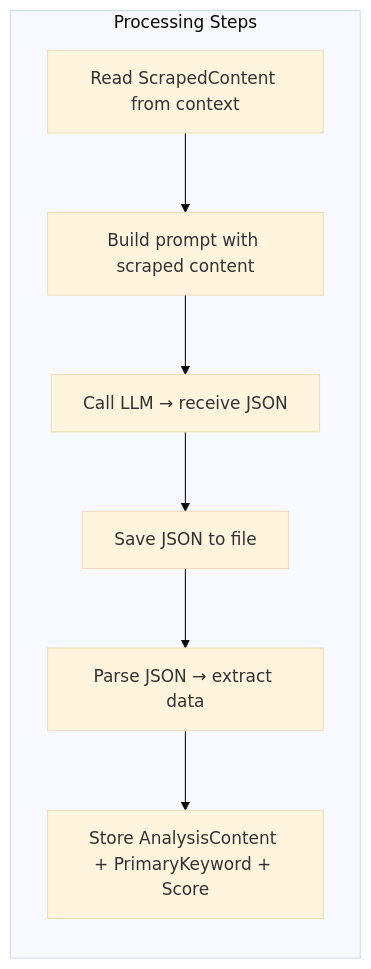
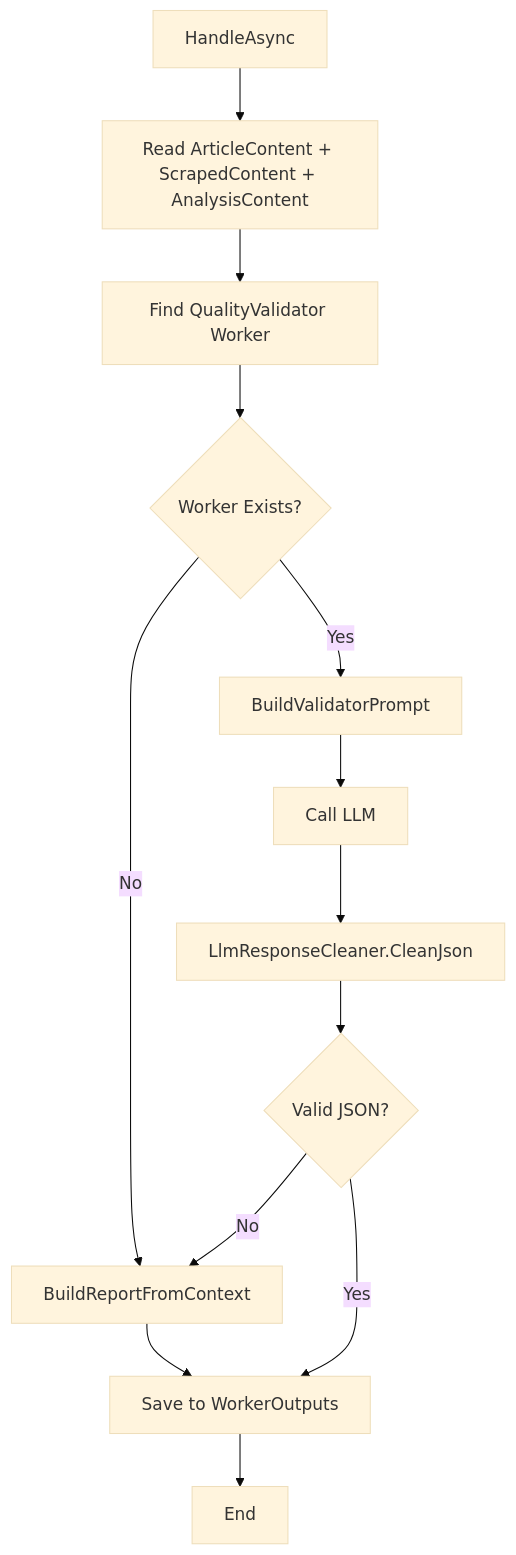
The tenth of 11 diagrams in SEO_Architecture_Design_VN.md (hoangnc/VNMLAgentFramework), drawn with Mermaid (base theme) before and after one commit. The commit also changed other lines of this file, not shown here.

````diff
--- a/SEO_Architecture_Design_VN.md
+++ b/SEO_Architecture_Design_VN.md
@@ -722,13 +600,18 @@
 ```mermaid
-flowchart LR
-    subgraph Steps["Processing Steps"]
-        A1[Read ScrapedContent from context]
-        A2[Build prompt with scraped content]
-        A3[Call LLM → receive JSON]
-        A4[Save JSON to file]
-        A5[Parse JSON → extract data]
-        A6[Store AnalysisContent + PrimaryKeyword + Score]
-    end
+flowchart TD
+    Start[HandleAsync] --> Read[Read ArticleContent + ScrapedContent + AnalysisContent]
+    Read --> FindWorker[Find QualityValidator Worker]
+    FindWorker --> HasWorker{Worker Exists?}
 
-    A1 --> A2 --> A3 --> A4 --> A5 --> A6
+
+    HasWorker -->|No| Fallback[BuildReportFromContext]
+    HasWorker -->|Yes| Prompt[BuildValidatorPrompt]
+    Prompt --> Call[Call LLM]
+    Call --> Clean[LlmResponseCleaner.CleanJson]
+    Clean --> Valid{Valid JSON?}
+    Valid -->|No| Fallback
+    Valid -->|Yes| Save[Save to WorkerOutputs]
+
+    Fallback --> Save
+    Save --> End[End]
 ```
````
